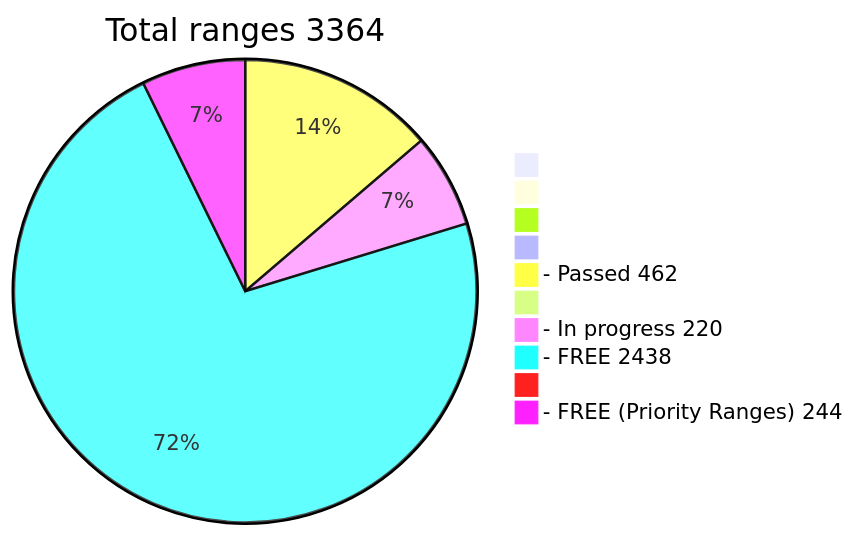
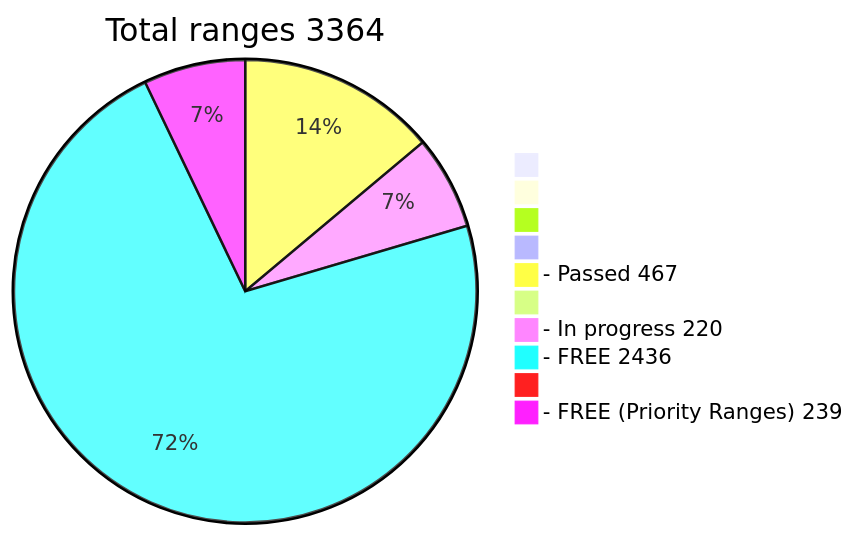
Before and after one commit to phrutis/wif500: the diagram in README.md, drawn with Mermaid.

````diff
--- a/README.md
+++ b/README.md
@@ -16,13 +16,13 @@
 ```mermaid
 pie title Total ranges 3364
              " " : 0
             "  " : 0
            "   " : 0
           "    " : 0
-  "- Passed 462" : 462
+  "- Passed 467" : 467
          "     " : 0
   "- In progress 220" : 220
-   "- FREE 2438" : 2438
+   "- FREE 2436" : 2436
         "      " : 0
-  "- FREE (Priority Ranges) 244" : 244
+  "- FREE (Priority Ranges) 239" : 239
 ```
````
